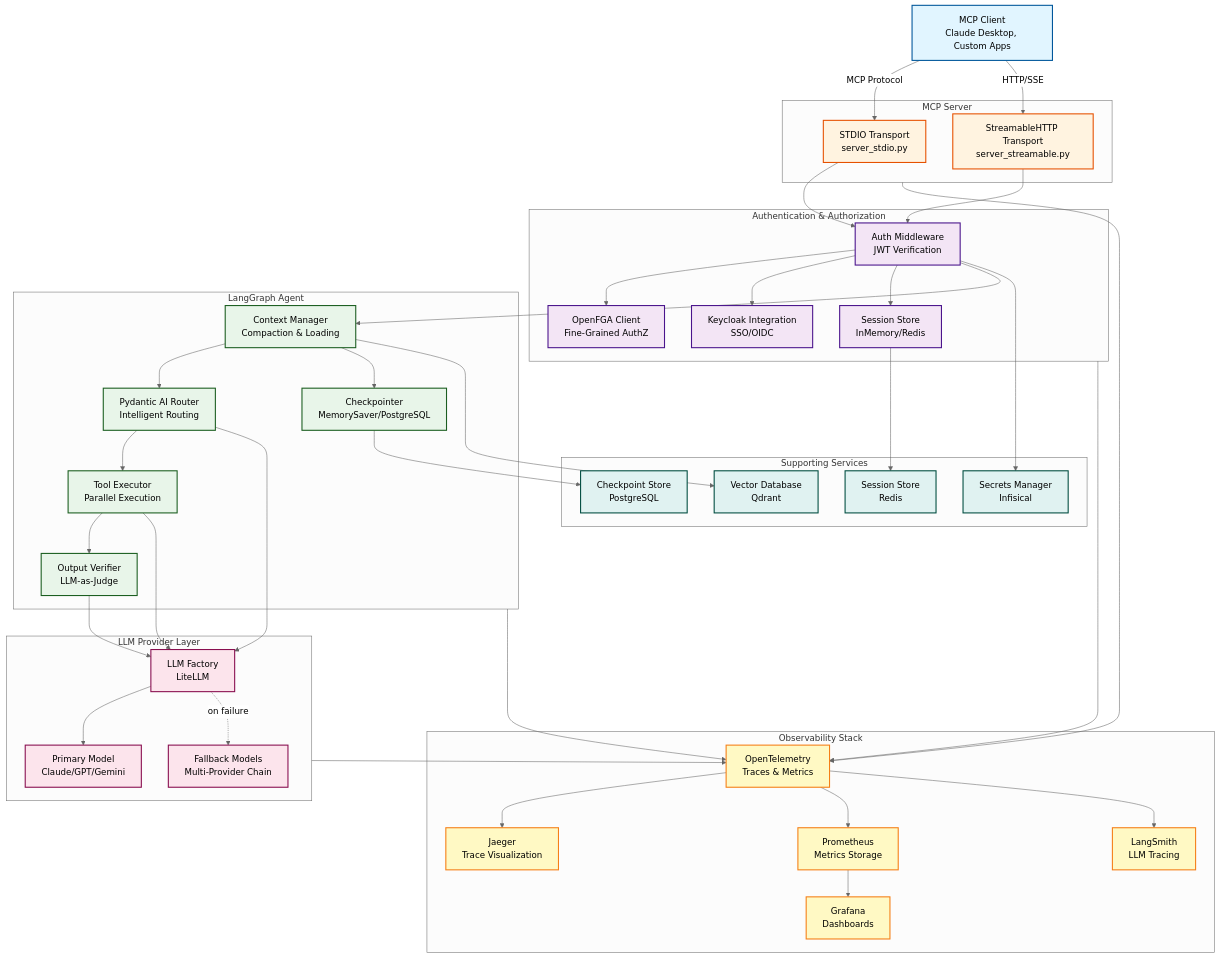
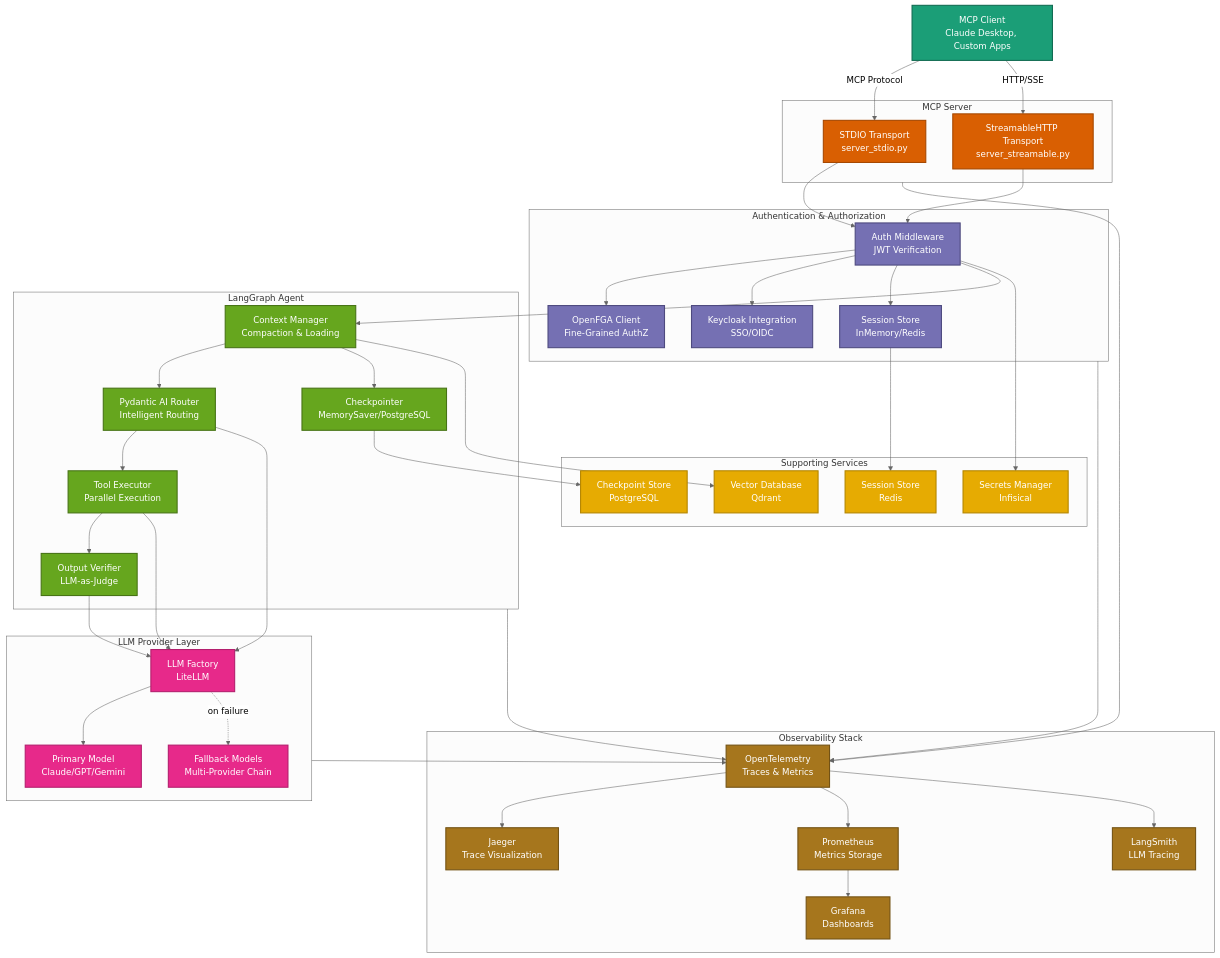
Before and after one commit to vishnu2kmohan/mcp-server-langgraph: the first of 10 diagrams in docs/diagrams/system-architecture.mdx, drawn with Mermaid (neutral theme). The commit also changed other lines of this file and 4 other files, not shown here.

First line of the commit message:
style: update Mermaid diagrams to dark mode-friendly ColorBrewer2 palette

```diff
--- a/docs/diagrams/system-architecture.mdx
+++ b/docs/diagrams/system-architecture.mdx
@@ -93,14 +93,14 @@
     OTEL --> LangSmith
     Prometheus --> Grafana
 
-    %% Styling
-    classDef client fill:#e1f5ff,stroke:#01579b,stroke-width:2px
-    classDef server fill:#fff3e0,stroke:#e65100,stroke-width:2px
-    classDef auth fill:#f3e5f5,stroke:#4a148c,stroke-width:2px
-    classDef agent fill:#e8f5e9,stroke:#1b5e20,stroke-width:2px
-    classDef llm fill:#fce4ec,stroke:#880e4f,stroke-width:2px
-    classDef services fill:#e0f2f1,stroke:#004d40,stroke-width:2px
-    classDef obs fill:#fff9c4,stroke:#f57f17,stroke-width:2px
+    %% Styling (ColorBrewer2 Dark2 palette - dark mode friendly)
+    classDef client fill:#1b9e77,stroke:#116b52,stroke-width:2px,color:#fff
+    classDef server fill:#d95f02,stroke:#a64801,stroke-width:2px,color:#fff
+    classDef auth fill:#7570b3,stroke:#4e4a7f,stroke-width:2px,color:#fff
+    classDef agent fill:#66a61e,stroke:#477315,stroke-width:2px,color:#fff
+    classDef llm fill:#e7298a,stroke:#b31e6d,stroke-width:2px,color:#fff
+    classDef services fill:#e6ab02,stroke:#b38501,stroke-width:2px,color:#fff
+    classDef obs fill:#a6761d,stroke:#735214,stroke-width:2px,color:#fff
 
     class Client client
     class STDIO,HTTP server
```
